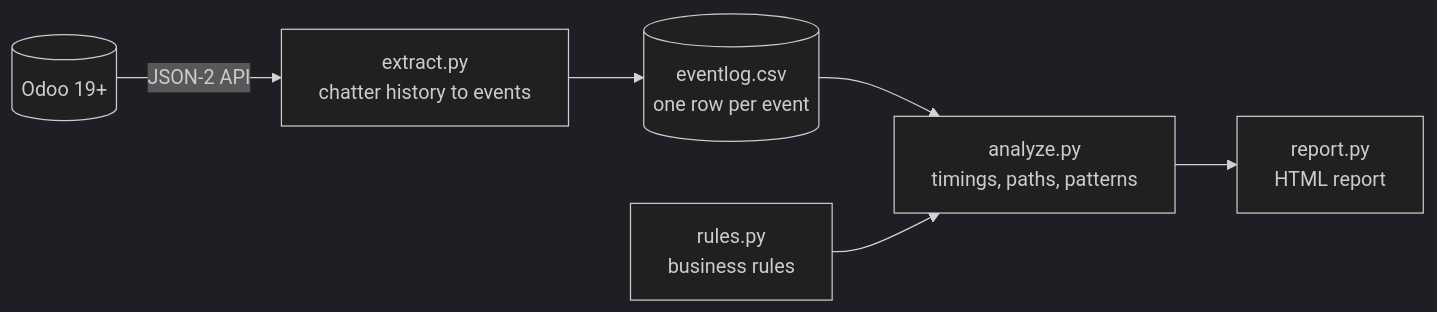
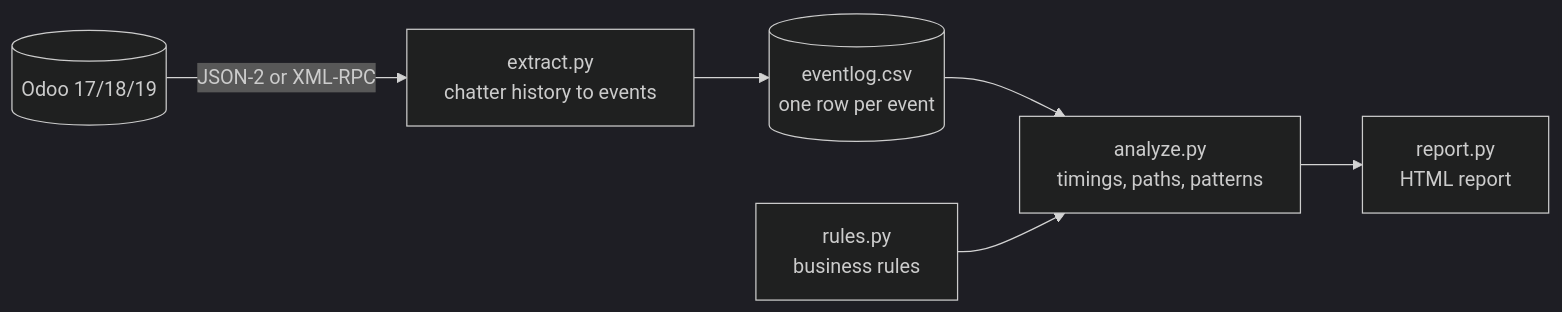
Before and after one commit to mateuszkrw-coder/odoo-process-xray: the diagram in README.md, drawn with Mermaid (dark theme). The commit also changed other lines of this file and 11 other files, not shown here.

````diff
--- a/README.md
+++ b/README.md
@@ -51,8 +51,8 @@
 ```mermaid
 flowchart LR
-    O[(Odoo 19+)] -- JSON-2 API --> X[extract.py<br/>chatter history to events]
+    O[(Odoo 17/18/19)] -- JSON-2 or XML-RPC --> X[extract.py<br/>chatter history to events]
     X --> L[(eventlog.csv<br/>one row per event)]
     L --> A[analyze.py<br/>timings, paths, patterns]
     R[rules.py<br/>business rules] --> A
     A --> H[report.py<br/>HTML report]
 ```
````
